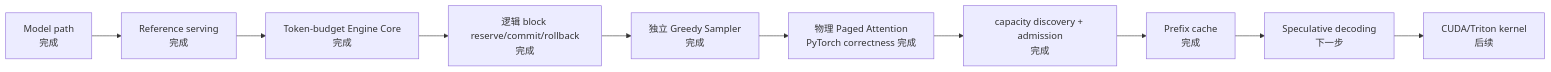
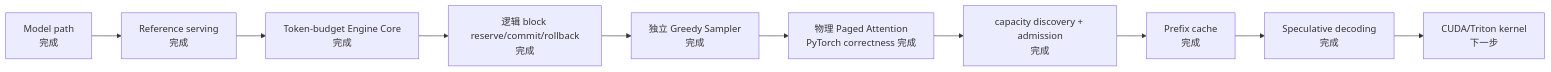
The third of 3 diagrams in docs/design.md (poorpaper/light-vllm), drawn with Mermaid before and after one commit. The commit also changed other lines of this file and 5 other files, not shown here.

Commit message:
docs: describe prefix caching and speculative decoding

````diff
--- a/docs/design.md
+++ b/docs/design.md
@@ -275,12 +278,12 @@
 ```mermaid
 flowchart LR
     Model["Model path<br/>完成"] --> Serving["Reference serving<br/>完成"]
     Serving --> Core["Token-budget Engine Core<br/>完成"]
     Core --> Logical["逻辑 block reserve/commit/rollback<br/>完成"]
     Logical --> Sampling["独立 Greedy Sampler<br/>完成"]
     Sampling --> Paged["物理 Paged Attention<br/>PyTorch correctness 完成"]
     Paged --> Capacity["capacity discovery + admission<br/>完成"]
     Capacity --> Prefix["Prefix cache<br/>完成"]
-    Prefix --> Spec["Speculative decoding<br/>下一步"]
-    Spec --> Kernel["CUDA/Triton kernel<br/>后续"]
+    Prefix --> Spec["Speculative decoding<br/>完成"]
+    Spec --> Kernel["CUDA/Triton kernel<br/>下一步"]
 ```
````
